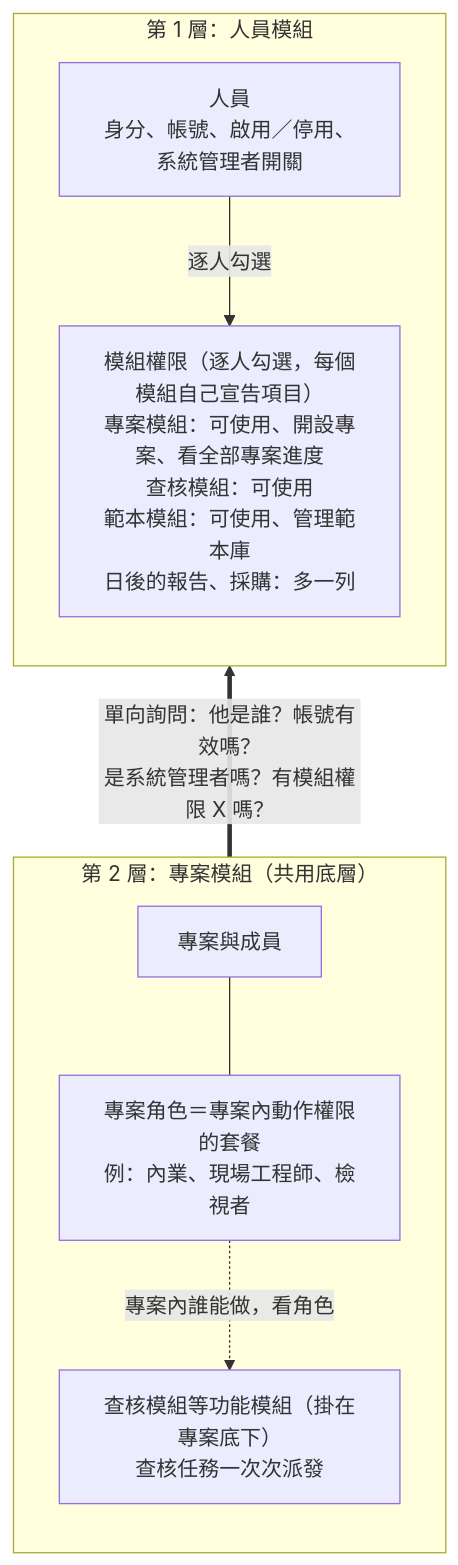
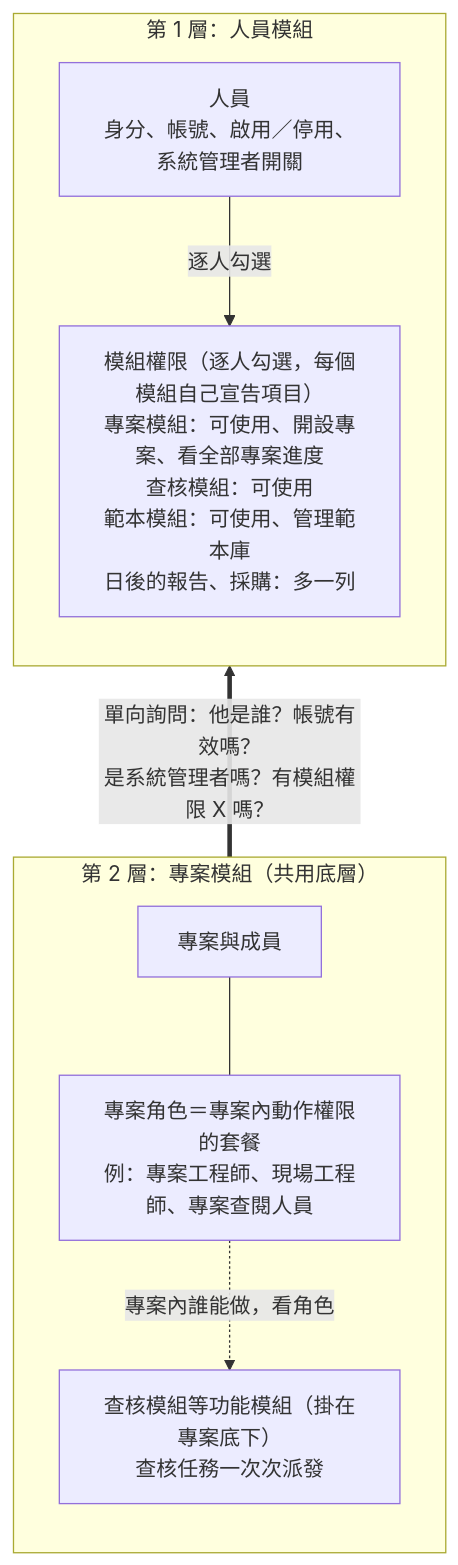
The first of 4 diagrams in docs/intents/07-permission-model.md (speko-tw/inspect-flow), drawn with Mermaid before and after one commit. The commit also changed other lines of this file and 3 other files, not shown here.

````diff
--- a/docs/intents/07-permission-model.md
+++ b/docs/intents/07-permission-model.md
@@ -27,18 +27,18 @@
 ```mermaid
 flowchart BT
   subgraph L1["第 1 層：人員模組"]
     direction TB
     U["人員<br/>身分、帳號、啟用／停用、系統管理者開關"]
     MP["模組權限（逐人勾選，每個模組自己宣告項目）<br/>專案模組：可使用、開設專案、看全部專案進度<br/>查核模組：可使用<br/>範本模組：可使用、管理範本庫<br/>日後的報告、採購：多一列"]
     U -->|"逐人勾選"| MP
   end
   subgraph L2["第 2 層：專案模組（共用底層）"]
     direction TB
     P["專案與成員"]
-    R["專案角色＝專案內動作權限的套餐<br/>例：內業、現場工程師、檢視者"]
+    R["專案角色＝專案內動作權限的套餐<br/>例：專案工程師、現場工程師、專案查閱人員"]
     P --- R
     F["查核模組等功能模組（掛在專案底下）<br/>查核任務一次次派發"]
     R -.->|"專案內誰能做，看角色"| F
   end
   L2 ==>|"單向詢問：他是誰？帳號有效嗎？<br/>是系統管理者嗎？有模組權限 X 嗎？"| L1
 ```
````
